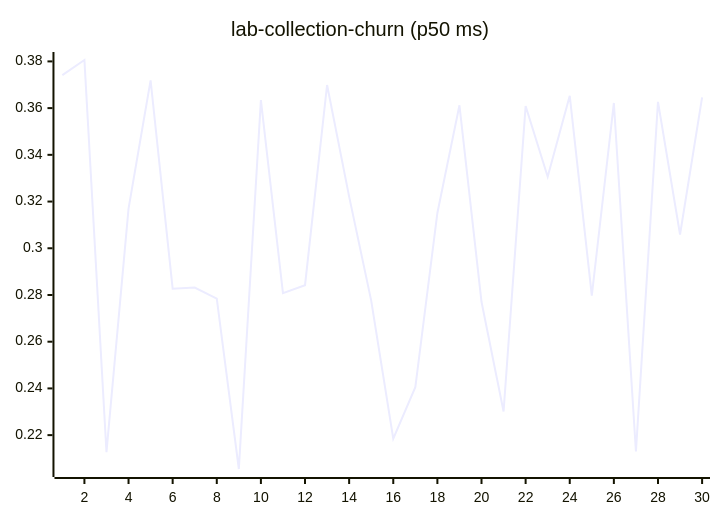
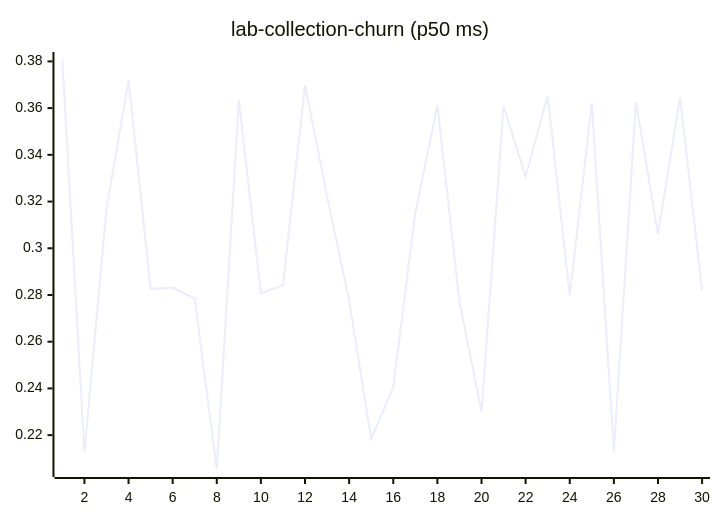
Diagram 11 of 27 in README.md (josha/Facet), drawn with Mermaid before and after one commit. The commit also changed other lines of this file and 2 other files, not shown here.

````diff
--- a/README.md
+++ b/README.md
@@ -133,6 +133,6 @@
 ```mermaid
 xychart-beta
     title "lab-collection-churn (p50 ms)"
     x-axis 1 --> 30
-    line [0.3741, 0.3806, 0.2127, 0.3170, 0.3719, 0.2827, 0.2832, 0.2784, 0.2055, 0.3634, 0.2808, 0.2842, 0.3699, 0.3221, 0.2776, 0.2185, 0.2405, 0.3151, 0.3612, 0.2771, 0.2301, 0.3609, 0.3306, 0.3653, 0.2797, 0.3622, 0.2130, 0.3627, 0.3059, 0.3646]
+    line [0.3806, 0.2127, 0.3170, 0.3719, 0.2827, 0.2832, 0.2784, 0.2055, 0.3634, 0.2808, 0.2842, 0.3699, 0.3221, 0.2776, 0.2185, 0.2405, 0.3151, 0.3612, 0.2771, 0.2301, 0.3609, 0.3306, 0.3653, 0.2797, 0.3622, 0.2130, 0.3627, 0.3059, 0.3646, 0.2819]
 ```
````
